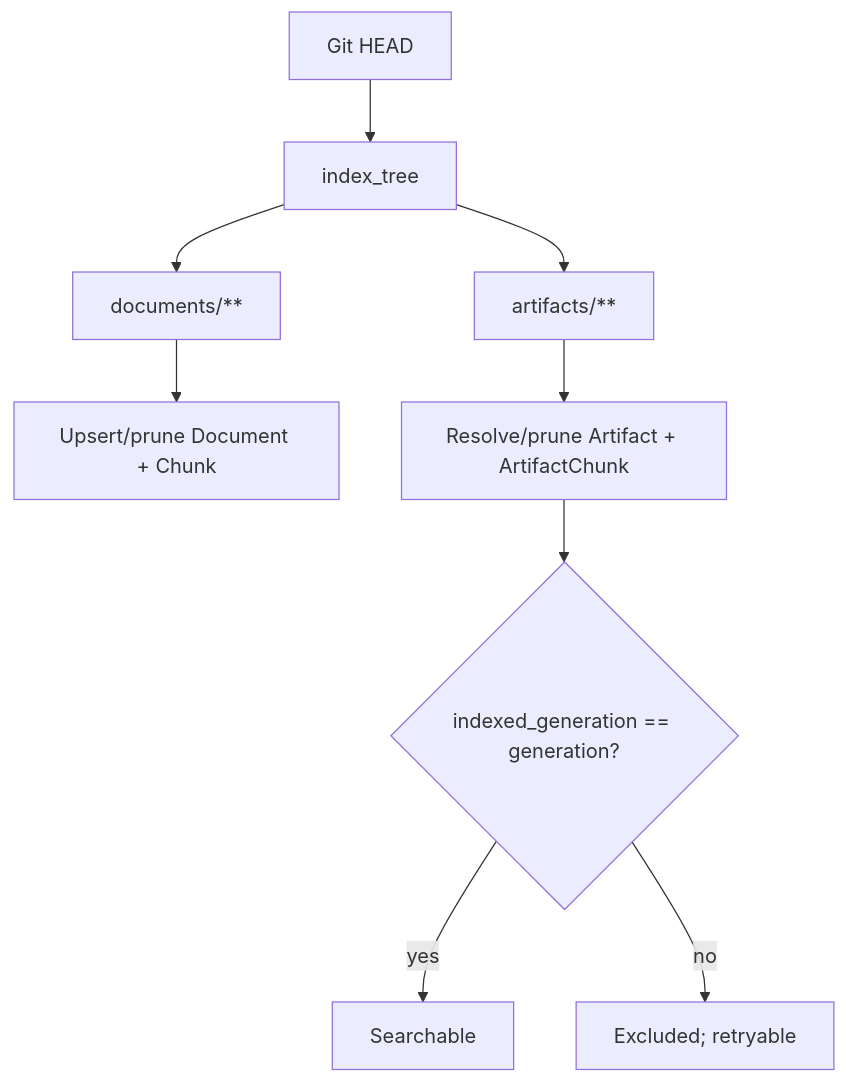
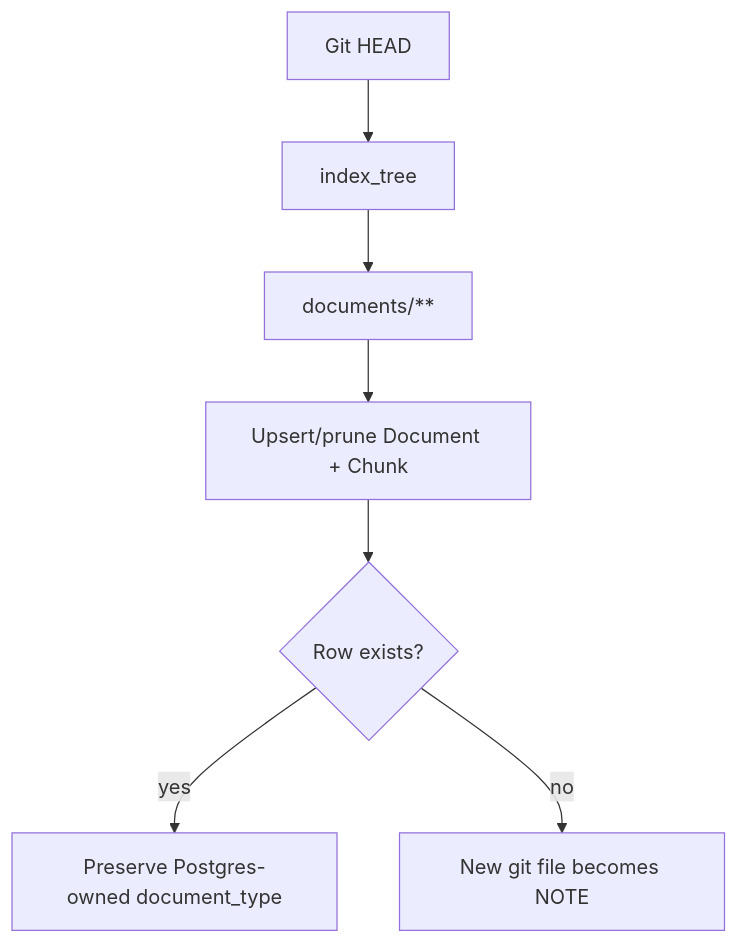
The third of 5 diagrams in plans/git-native-kb/00b-diagrams.md (MODSetter/SurfSense), drawn with Mermaid before and after one commit. The commit also changed other lines of this file and 12 other files, not shown here.

````diff
--- a/plans/git-native-kb/00b-diagrams.md
+++ b/plans/git-native-kb/00b-diagrams.md
@@ -38,11 +36,9 @@
 ```mermaid
 flowchart TD
   HEAD["Git HEAD"] --> SCAN["index_tree"]
   SCAN --> DPATHS["documents/**"]
-  SCAN --> APATHS["artifacts/**"]
-  DPATHS --> DUPSERT["Upsert/prune Document + Chunk"]
-  APATHS --> AUPSERT["Resolve/prune Artifact + ArtifactChunk"]
-  AUPSERT --> CURRENT{"indexed_generation == generation?"}
-  CURRENT -->|yes| READY["Searchable"]
-  CURRENT -->|no| STALE["Excluded; retryable"]
+  DPATHS --> UPSERT["Upsert/prune Document + Chunk"]
+  UPSERT --> TYPE{"Row exists?"}
+  TYPE -->|yes| KEEP["Preserve Postgres-owned document_type"]
+  TYPE -->|no| NOTE["New git file becomes NOTE"]
 ```
````
